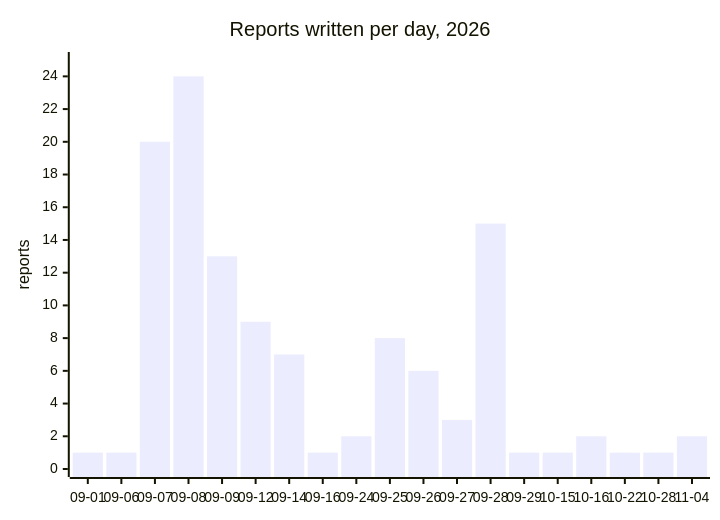
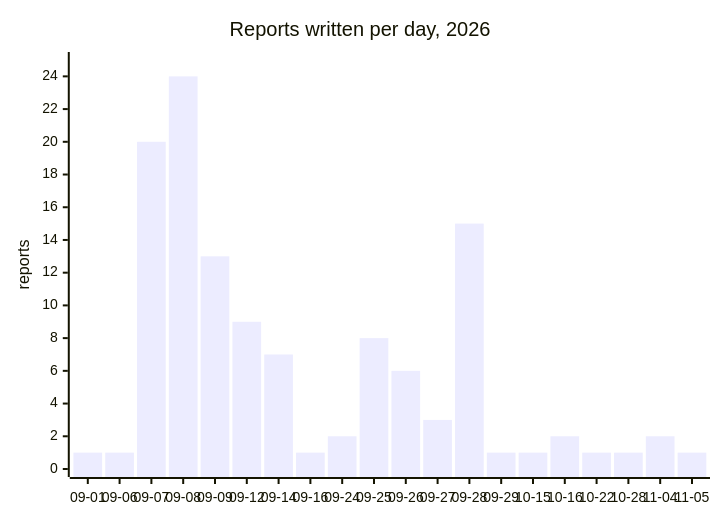
The diagram in docs/reports/README.md (cluster2600/porscheparts), drawn with Mermaid before and after one commit. The commit also changed other lines of this file and 5 other files, not shown here.

````diff
--- a/docs/reports/README.md
+++ b/docs/reports/README.md
@@ -7,7 +7,7 @@
 ```mermaid
 xychart-beta
     title "Reports written per day, 2026"
-    x-axis ["09-01", "09-06", "09-07", "09-08", "09-09", "09-12", "09-14", "09-16", "09-24", "09-25", "09-26", "09-27", "09-28", "09-29", "10-15", "10-16", "10-22", "10-28", "11-04"]
+    x-axis ["09-01", "09-06", "09-07", "09-08", "09-09", "09-12", "09-14", "09-16", "09-24", "09-25", "09-26", "09-27", "09-28", "09-29", "10-15", "10-16", "10-22", "10-28", "11-04", "11-05"]
     y-axis "reports" 0 --> 25
-    bar [1, 1, 20, 24, 13, 9, 7, 1, 2, 8, 6, 3, 15, 1, 1, 2, 1, 1, 2]
+    bar [1, 1, 20, 24, 13, 9, 7, 1, 2, 8, 6, 3, 15, 1, 1, 2, 1, 1, 2, 1]
 ```
````
